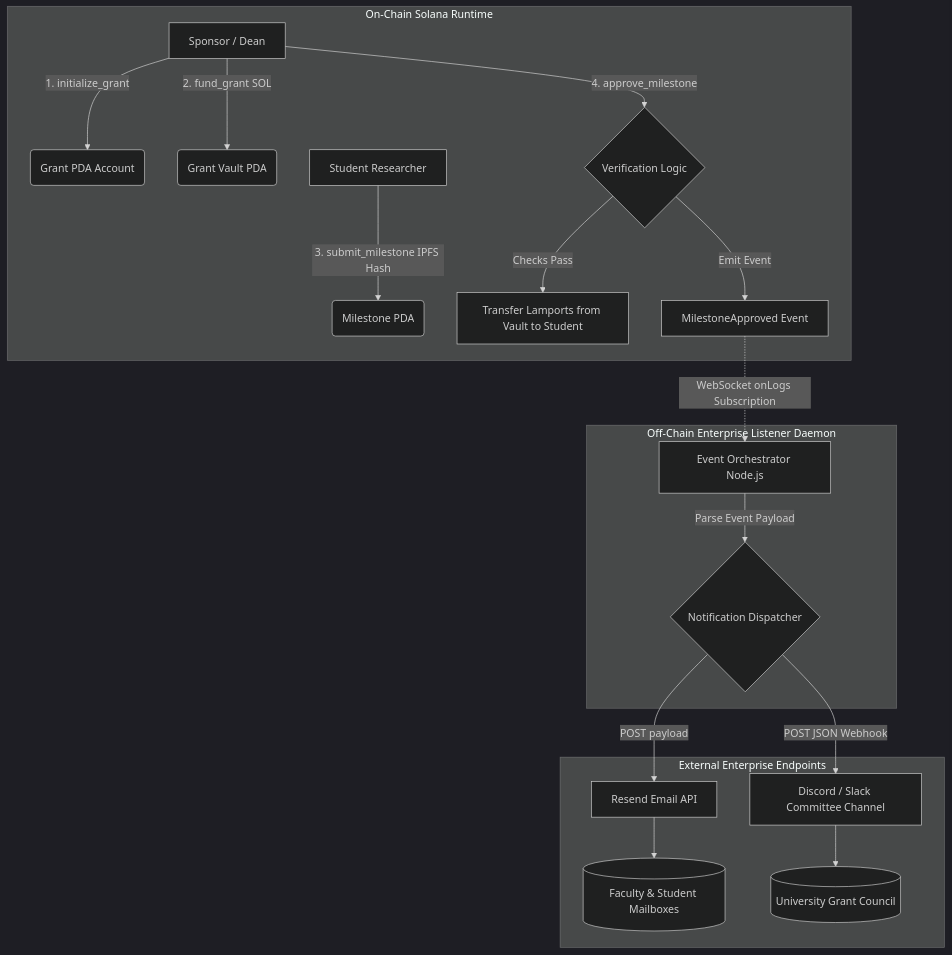
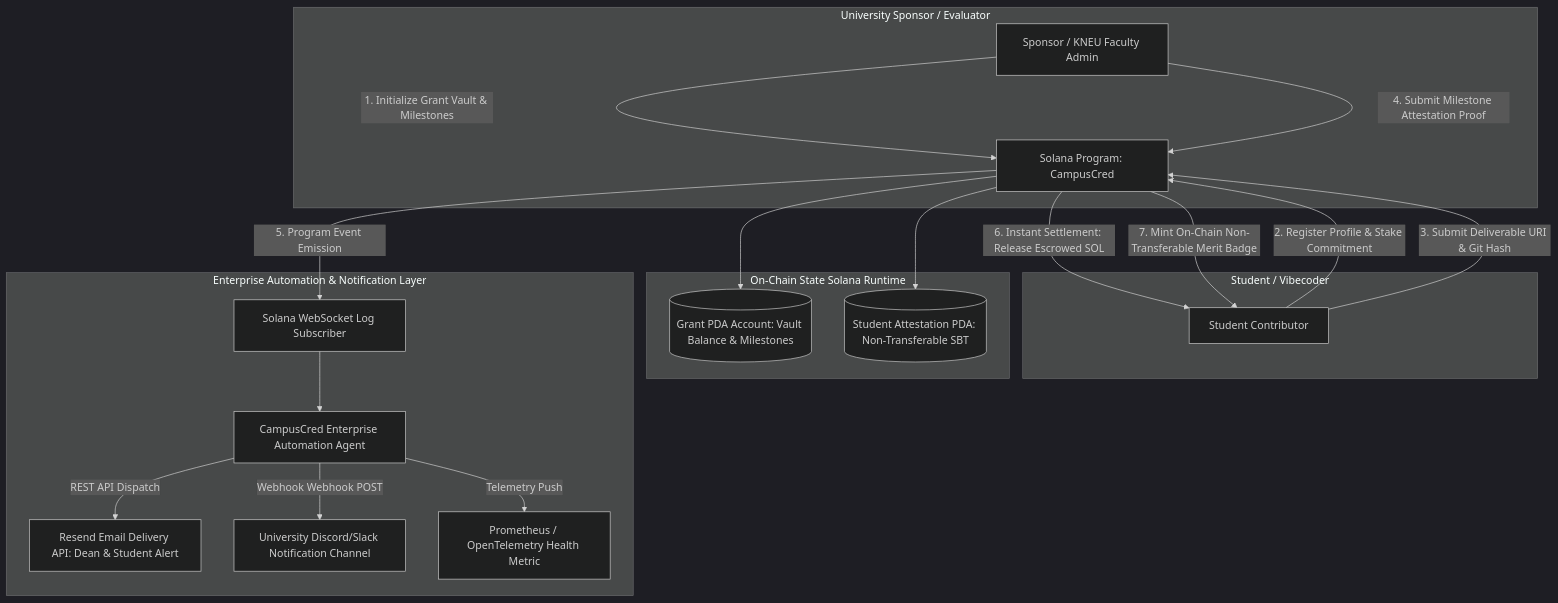
The diagram in README.md (wiliancolomboo-tech/web3-develop-solana-web3-project-mvp---p-6d2e5b), drawn with Mermaid (dark theme) before and after one commit. The commit also changed other lines of this file and 82 other files, not shown here.

````diff
--- a/README.md
+++ b/README.md
@@ -59,23 +32,27 @@
 ```mermaid
 flowchart TD
-    subgraph On-Chain Solana Runtime
-        A[Sponsor / Dean] -->|1. initialize_grant| B(Grant PDA Account)
-        A -->|2. fund_grant SOL| C(Grant Vault PDA)
-        D[Student Researcher] -->|3. submit_milestone IPFS Hash| E(Milestone PDA)
-        A -->|4. approve_milestone| F{Verification Logic}
-        F -->|Checks Pass| G[Transfer Lamports from Vault to Student]
-        F -->|Emit Event| H[MilestoneApproved Event]
+    subgraph University Sponsor / Evaluator
+        A[Sponsor / KNEU Faculty Admin] -->|1. Initialize Grant Vault & Milestones| B[Solana Program: CampusCred]
+        A -->|4. Submit Milestone Attestation Proof| B
     end
 
-    subgraph Off-Chain Enterprise Listener Daemon
-        H -.->|WebSocket onLogs Subscription| I[Event Orchestrator Node.js]
-        I -->|Parse Event Payload| J{Notification Dispatcher}
+    subgraph Student / Vibecoder
+        C[Student Contributor] -->|2. Register Profile & Stake Commitment| B
+        C -->|3. Submit Deliverable URI & Git Hash| B
+        B -->|6. Instant Settlement: Release Escrowed SOL| C
+        B -->|7. Mint On-Chain Non-Transferable Merit Badge| C
     end
 
-    subgraph External Enterprise Endpoints
-        J -->|POST payload| K[Resend Email API]
-        J -->|POST JSON Webhook| L[Discord / Slack Committee Channel]
-        K --> M[(Faculty & Student Mailboxes)]
-        L --> N[(University Grant Council)]
+    subgraph On-Chain State Solana Runtime
+        B --> D[(Grant PDA Account: Vault Balance & Milestones)]
+        B --> E[(Student Attestation PDA: Non-Transferable SBT)]
+    end
+
+    subgraph Enterprise Automation & Notification Layer
+        B -->|5. Program Event Emission| F[Solana WebSocket Log Subscriber]
+        F --> G[CampusCred Enterprise Automation Agent]
+        G -->|REST API Dispatch| H[Resend Email Delivery API: Dean & Student Alert]
+        G -->|Webhook Webhook POST| I[University Discord/Slack Notification Channel]
+        G -->|Telemetry Push| J[Prometheus / OpenTelemetry Health Metric]
     end
 ```
````
